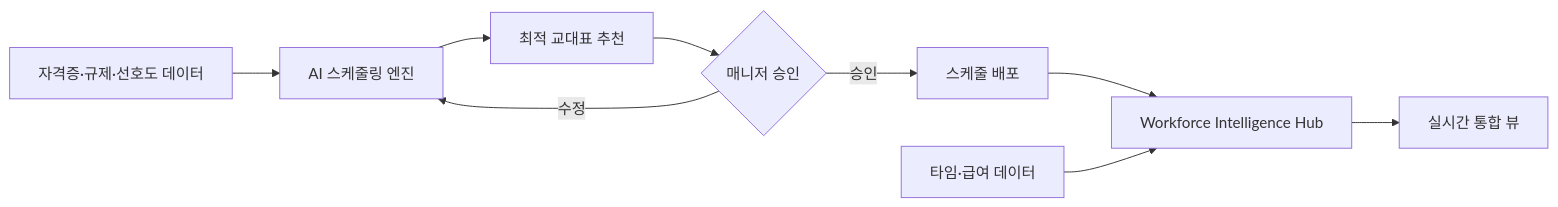
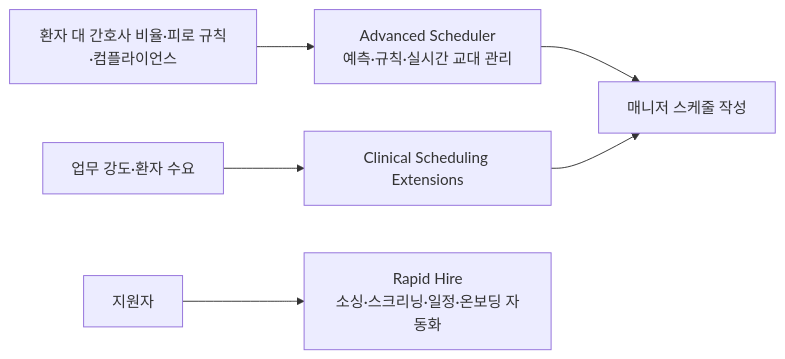
The diagram in wiki/usecases/ukg-ai-workforce-scheduling-healthcare.md (jameskim1st/hr-ai-benchmark), drawn with Mermaid before and after one commit. The commit also changed other lines of this file and 167 other files, not shown here.

````diff
--- a/wiki/usecases/ukg-ai-workforce-scheduling-healthcare.md
+++ b/wiki/usecases/ukg-ai-workforce-scheduling-healthcare.md
@@ -67,11 +66,8 @@
 ```mermaid
 flowchart LR
-    A[자격증·규제·선호도 데이터] --> B[AI 스케줄링 엔진]
-    B --> C[최적 교대표 추천]
-    C --> D{매니저 승인}
-    D -->|승인| E[스케줄 배포]
-    D -->|수정| B
-    F[Workforce Intelligence Hub] --> G[실시간 통합 뷰]
-    E --> F
-    H[타임·급여 데이터] --> F
+    A[환자 대 간호사 비율·피로 규칙·컴플라이언스] --> B[Advanced Scheduler\n예측·규칙·실시간 교대 관리]
+    B --> C[매니저 스케줄 작성]
+    D[업무 강도·환자 수요] --> E[Clinical Scheduling Extensions]
+    E --> C
+    F[지원자] --> G[Rapid Hire\n소싱·스크리닝·일정·온보딩 자동화]
 ```
````
